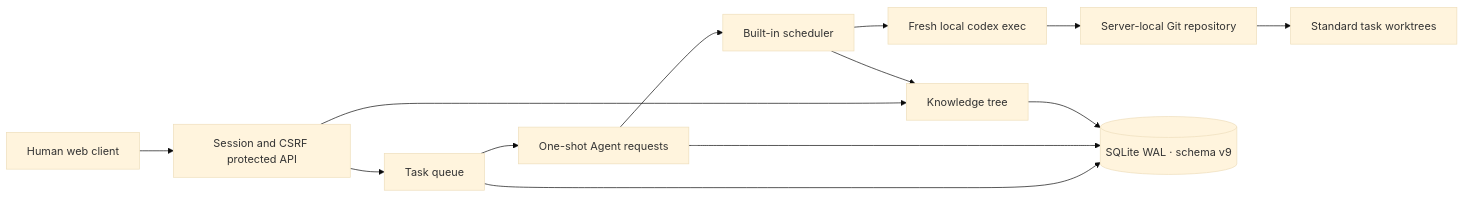
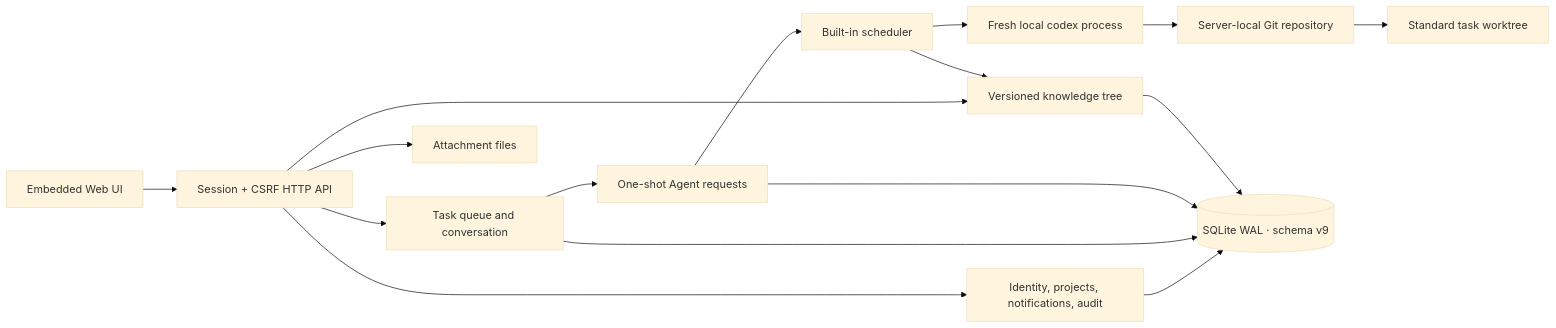
Before and after one commit to backinfile/ProjectBoard: the diagram in docs/ARCHITECTURE.md, drawn with Mermaid (base theme). The commit also changed other lines of this file and 8 other files, not shown here.

````diff
--- a/docs/ARCHITECTURE.md
+++ b/docs/ARCHITECTURE.md
@@ -3,15 +3,18 @@
 ```mermaid
 flowchart LR
-  H["Human web client"] --> A["Session and CSRF protected API"]
-  A --> T["Task queue"]
-  A --> K["Knowledge tree"]
+  H["Embedded Web UI"] --> A["Session + CSRF HTTP API"]
+  A --> I["Identity, projects, notifications, audit"]
+  A --> T["Task queue and conversation"]
+  A --> K["Versioned knowledge tree"]
   T --> R["One-shot Agent requests"]
   R --> S["Built-in scheduler"]
-  S --> C["Fresh local codex exec"]
-  C --> P["Server-local Git repository"]
-  P --> W["Standard task worktrees"]
+  S --> C["Fresh local codex process"]
+  C --> G["Server-local Git repository"]
+  G --> W["Standard task worktree"]
   S --> K
-  T --> D[("SQLite WAL · schema v9")]
+  I --> D[("SQLite WAL · schema v9")]
+  T --> D
   R --> D
   K --> D
+  A --> F["Attachment files"]
 ```
````
